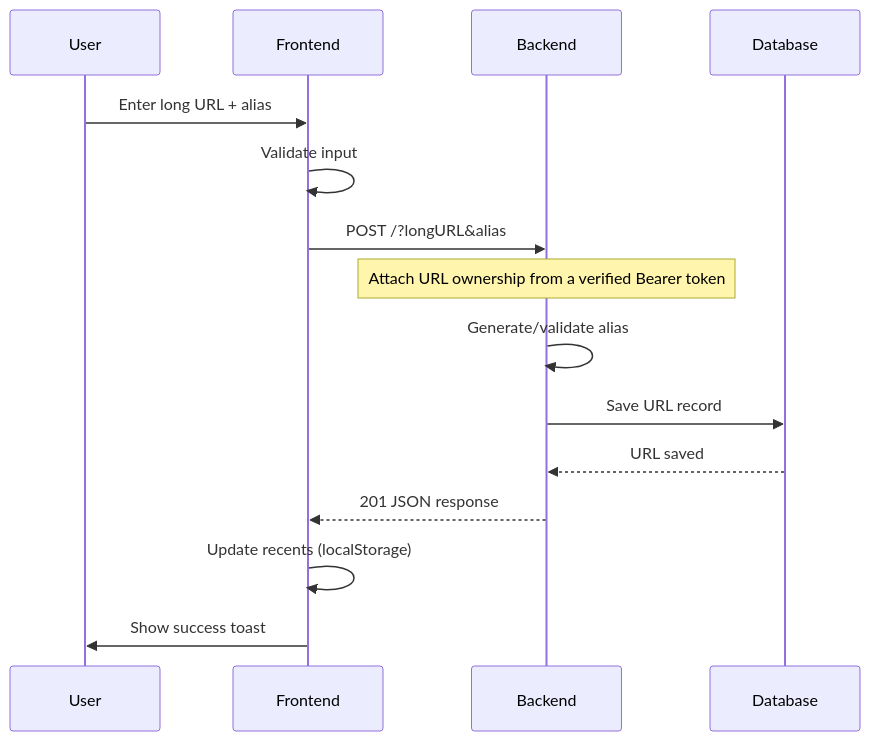
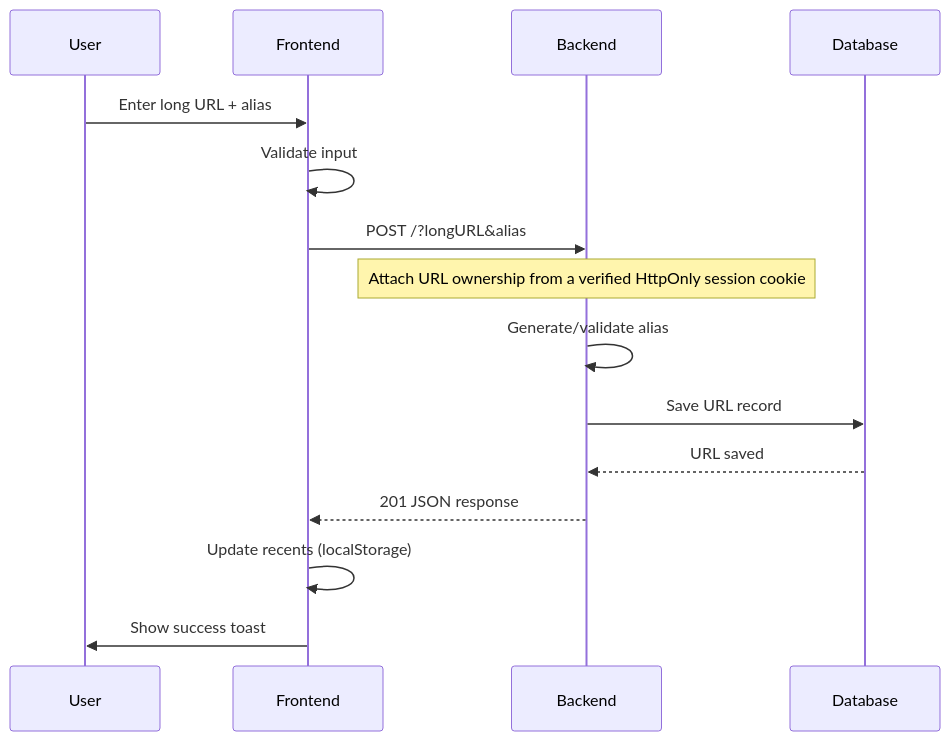
The second of 6 diagrams in README.md (roh355/ShortURL-Service), drawn with Mermaid before and after one commit. The commit also changed other lines of this file and 9 other files, not shown here.

````diff
--- a/README.md
+++ b/README.md
@@ -41,18 +41,18 @@
 ```mermaid
 sequenceDiagram
     participant U as User
     participant F as Frontend
     participant B as Backend
     participant D as Database
 
     U->>F: Enter long URL + alias
     F->>F: Validate input
     F->>B: POST /?longURL&alias
-    Note over B: Attach URL ownership from a verified Bearer token
+    Note over B: Attach URL ownership from a verified HttpOnly session cookie
     B->>B: Generate/validate alias
     B->>D: Save URL record
     D-->>B: URL saved
     B-->>F: 201 JSON response
     F->>F: Update recents (localStorage)
     F->>U: Show success toast
 ```
````
